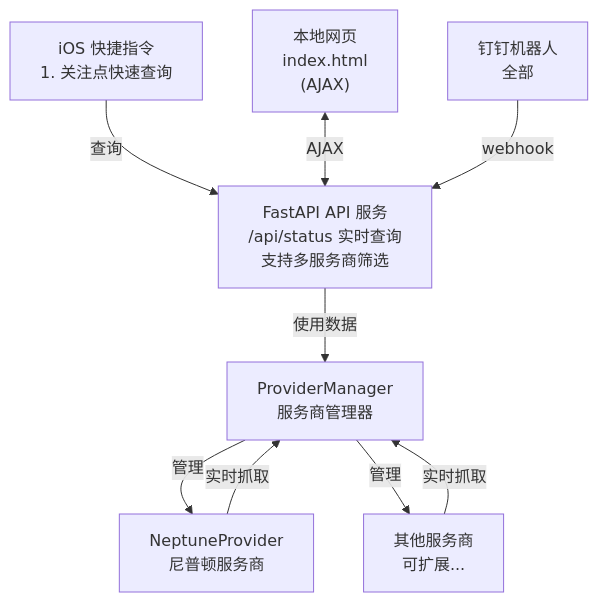
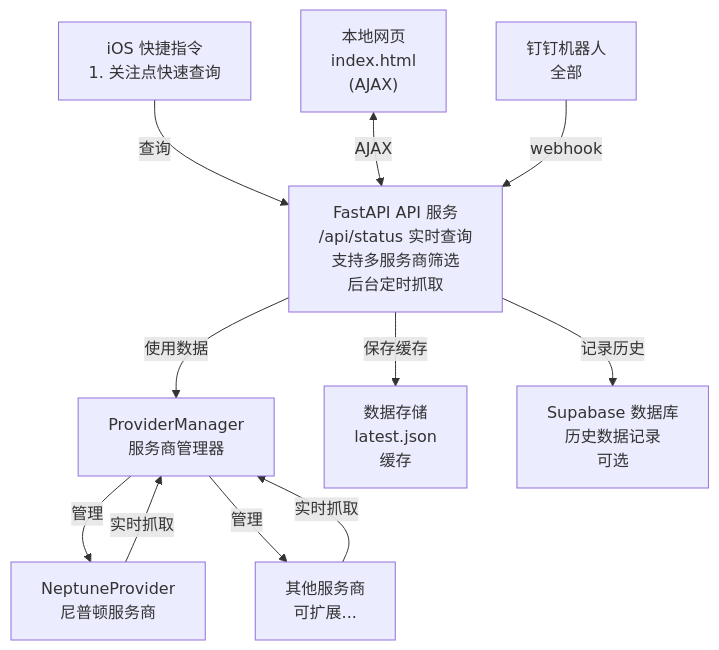
One commit to Phil-Fan/ZJU-Charger changed the diagram in README.md. Above: the diagram before and after it, drawn with Mermaid. The commit also changed other lines of this file and 7 other files, not shown here.

````diff
--- a/README.md
+++ b/README.md
@@ -13,29 +13,35 @@
 ```mermaid
 flowchart TD
 
     A["iOS 快捷指令<br/>1. 关注点快速查询"]
 
     B["本地网页<br/>index.html<br/>(AJAX)"]
 
-    C["FastAPI API 服务<br/>/api/status 实时查询<br/>支持多服务商筛选"]
+    C["FastAPI API 服务<br/>/api/status 实时查询<br/>支持多服务商筛选<br/>后台定时抓取"]
 
     D["钉钉机器人<br/>全部"]
 
     E["ProviderManager<br/>服务商管理器"]
 
     F1["NeptuneProvider<br/>尼普顿服务商"]
     F2["其他服务商<br/>可扩展..."]
+
+    G["数据存储<br/>latest.json<br/>缓存"]
+    H["Supabase 数据库<br/>历史数据记录<br/>可选"]
 
     %% 连接关系
     A --> |查询| C
 
     B <--> |AJAX| C
 
     D --> |webhook| C
 
     C --> |使用数据| E
     E --> |管理| F1
     E --> |管理| F2
     F1 --> |实时抓取| E
     F2 --> |实时抓取| E
+    
+    C --> |保存缓存| G
+    C --> |记录历史| H
 ```
````
